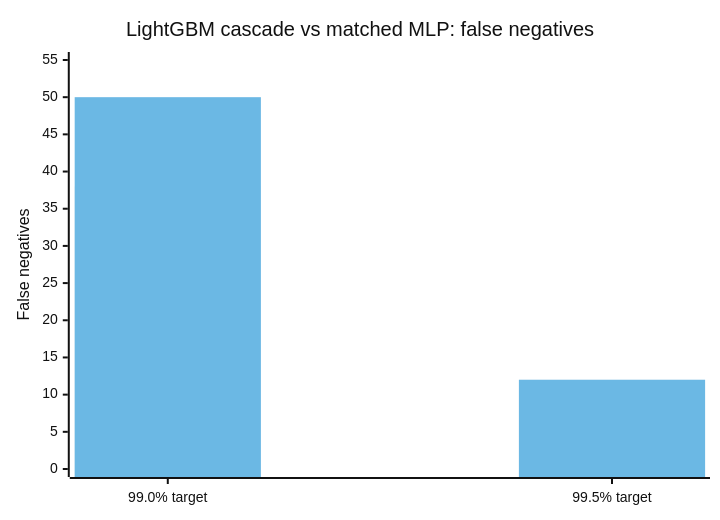
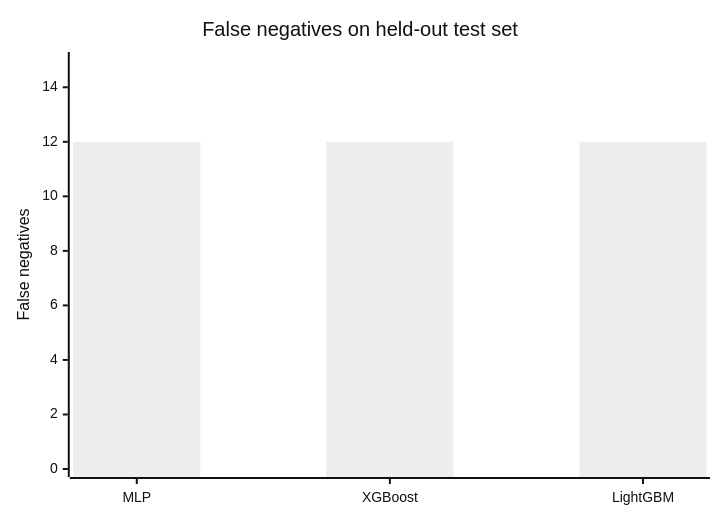
Before and after one commit to Harshithpatali/cardiorisk-ai: the second of 3 diagrams in README.md, drawn with Mermaid (neutral theme). The commit also changed other lines of this file, not shown here.

Commit message:
docs: expand two-tier architecture, evaluation charts and UI guide

````diff
--- a/README.md
+++ b/README.md
@@ -76,8 +100,7 @@
 ```mermaid
 xychart-beta
-    title "LightGBM cascade vs matched MLP: false negatives"
-    x-axis ["99.0% target", "99.5% target"]
-    y-axis "False negatives" 0 --> 55
-    bar [38, 12]
-    bar [50, 12]
+    title "False negatives on held-out test set"
+    x-axis ["MLP", "XGBoost", "LightGBM"]
+    y-axis "False negatives" 0 --> 15
+    bar [12, 12, 12]
 ```
````
